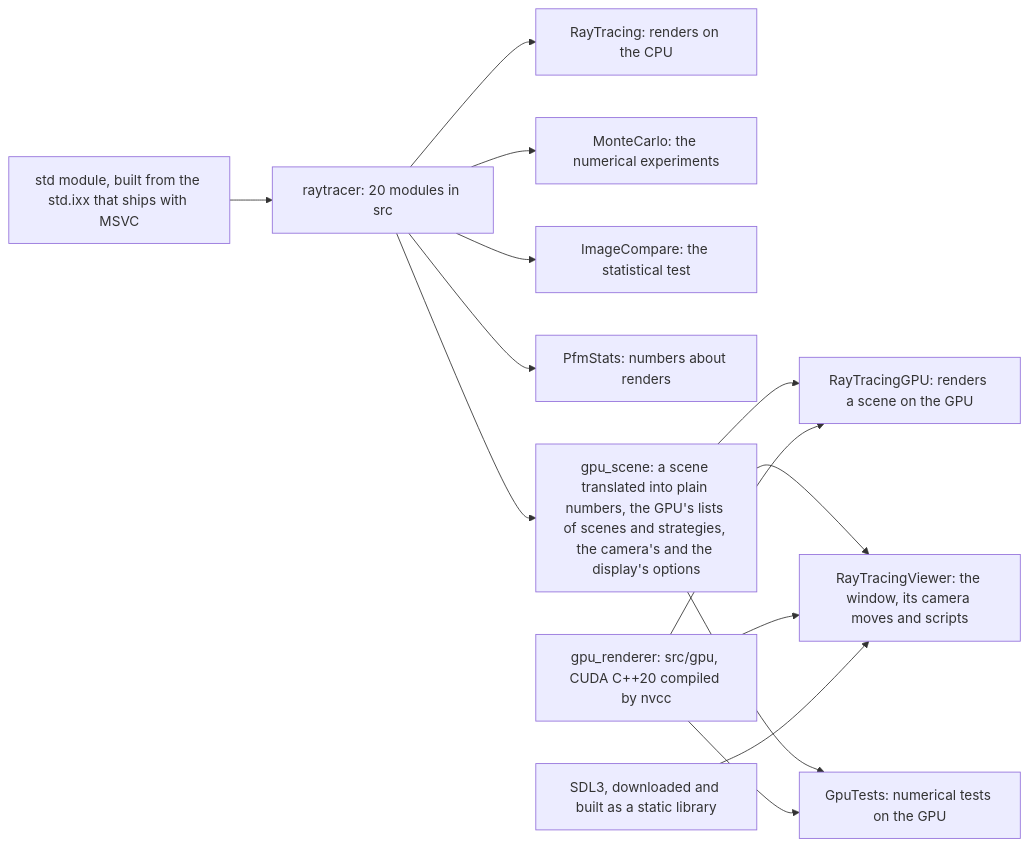
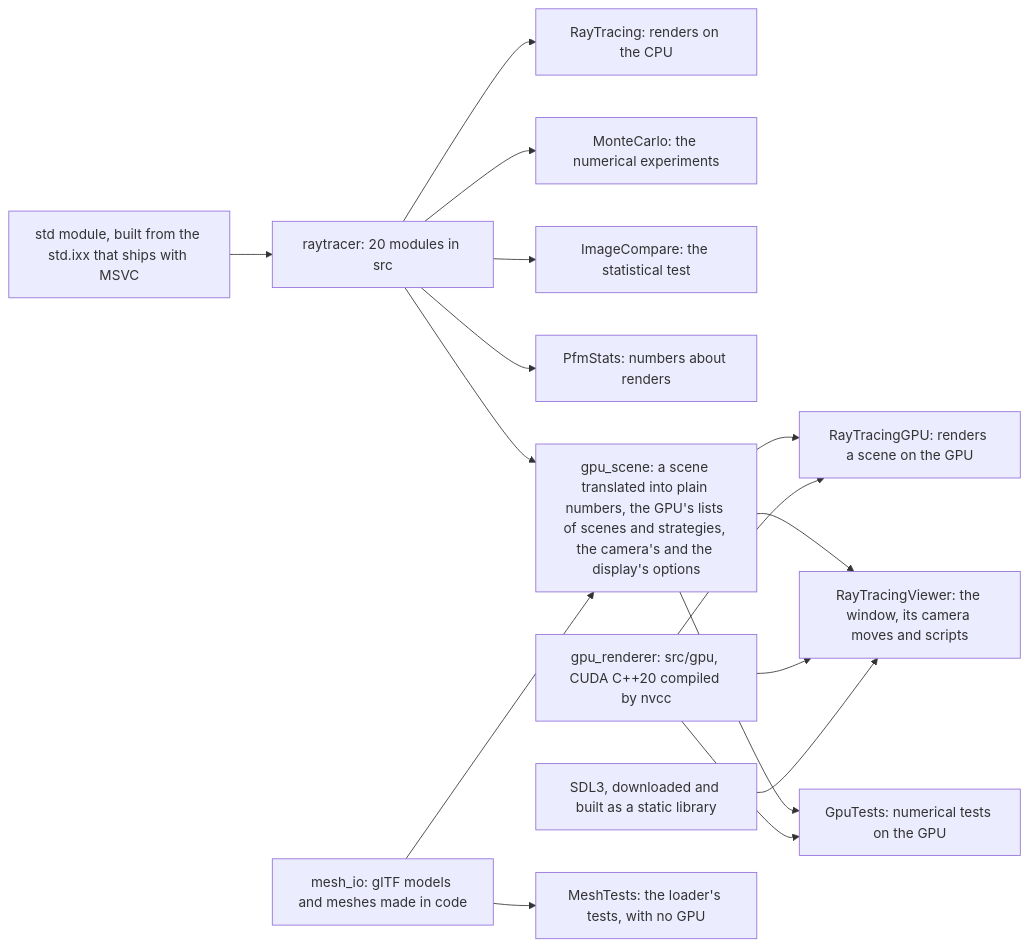
Before and after one commit to DaniilK19/RayTracing: the diagram in docs/architecture.md, drawn with Mermaid. The commit also changed other lines of this file and 19 other files, not shown here.

````diff
--- a/docs/architecture.md
+++ b/docs/architecture.md
@@ -74,16 +81,18 @@
 ```mermaid
 flowchart LR
     std["std module, built from the std.ixx that ships with MSVC"] --> lib["raytracer: 20 modules in src"]
     lib --> rt["RayTracing: renders on the CPU"]
     lib --> mc["MonteCarlo: the numerical experiments"]
     lib --> ic["ImageCompare: the statistical test"]
     lib --> ps["PfmStats: numbers about renders"]
     lib --> gs["gpu_scene: a scene translated into plain numbers, the GPU's lists of scenes and strategies, the camera's and the display's options"]
     gs --> gp["RayTracingGPU: renders a scene on the GPU"]
     gs --> vw["RayTracingViewer: the window, its camera moves and scripts"]
     gs --> gt["GpuTests: numerical tests on the GPU"]
     cu["gpu_renderer: src/gpu, CUDA C++20 compiled by nvcc"] --> gp
     cu --> vw
     cu --> gt
     sdl["SDL3, downloaded and built as a static library"] --> vw
+    mi["mesh_io: glTF models and meshes made in code"] --> gs
+    mi --> mt["MeshTests: the loader's tests, with no GPU"]
 ```
````
